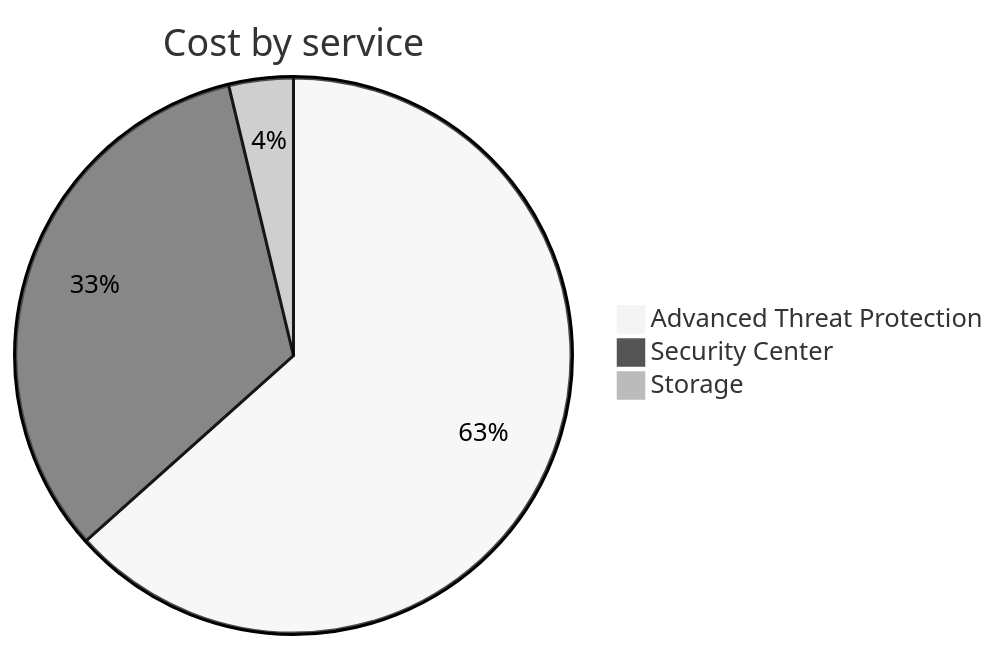
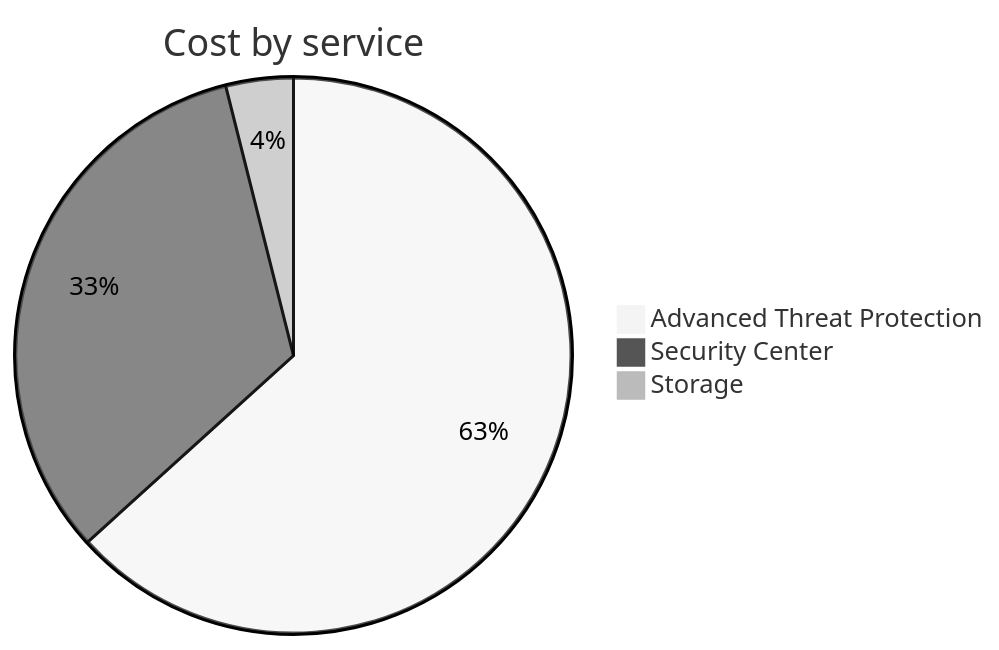
Before and after one commit to jpfulton/azure-personal-reports: the second of 4 diagrams in cost-reports/cloud-shell-storage-eastus/README.md, drawn with Mermaid (neutral theme). The commit also changed other lines of this file and 1 other file, not shown here.

````diff
--- a/cost-reports/cloud-shell-storage-eastus/README.md
+++ b/cost-reports/cloud-shell-storage-eastus/README.md
@@ -95,7 +95,7 @@
 ```mermaid
 pie
    title Cost by service
    "Advanced Threat Protection" : 3.55
    "Security Center" : 1.84
-   "Storage" : 0.21
+   "Storage" : 0.22
 ```
````
